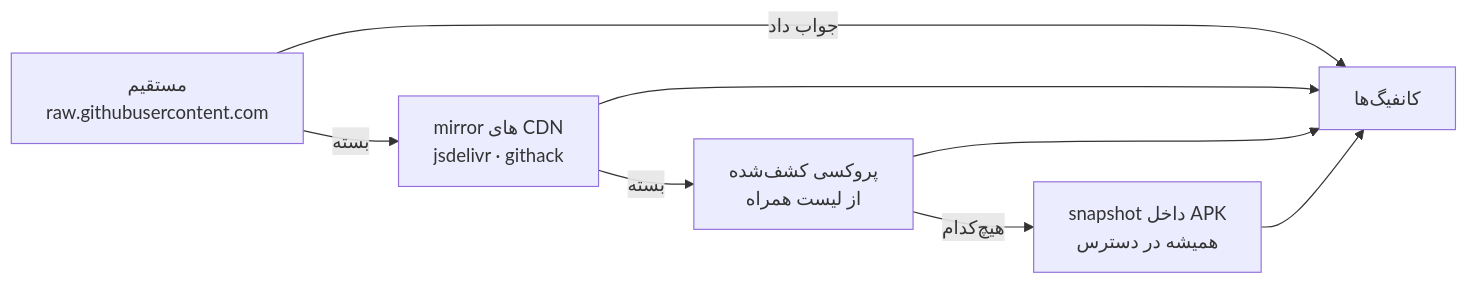
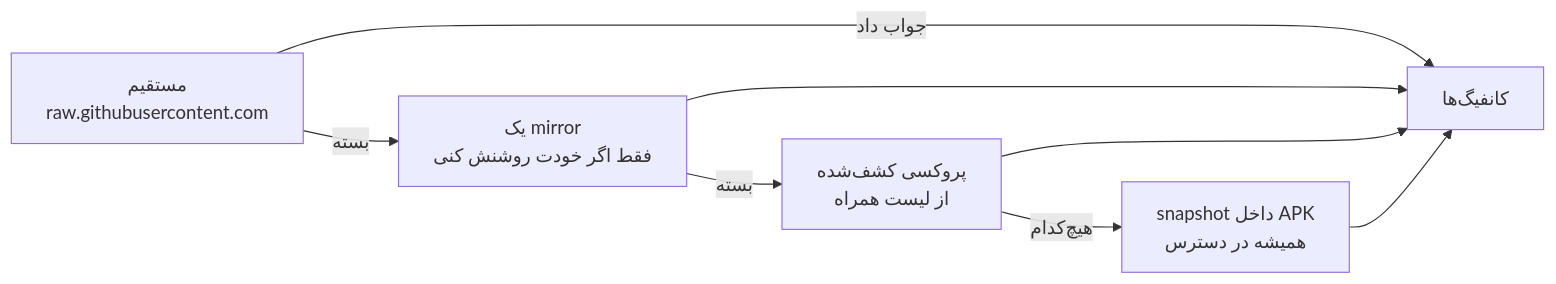
The diagram in README.fa.md (morpheusadam/v2rayV), drawn with Mermaid before and after one commit. The commit also changed other lines of this file and 3 other files, not shown here.

````diff
--- a/README.fa.md
+++ b/README.fa.md
@@ -109,10 +109,10 @@
 ```mermaid
 flowchart LR
-    A["مستقیم<br/>raw.githubusercontent.com"] -->|بسته| B["mirror های CDN<br/>jsdelivr · githack"]
+    A["مستقیم<br/>raw.githubusercontent.com"] -->|بسته| B["یک mirror<br/>فقط اگر خودت روشنش کنی"]
     B -->|بسته| C["پروکسی کشف‌شده<br/>از لیست همراه"]
     C -->|هیچ‌کدام| D["snapshot داخل APK<br/>همیشه در دسترس"]
     A -->|جواب داد| E["کانفیگ‌ها"]
     B --> E
     C --> E
     D --> E
 ```
````
